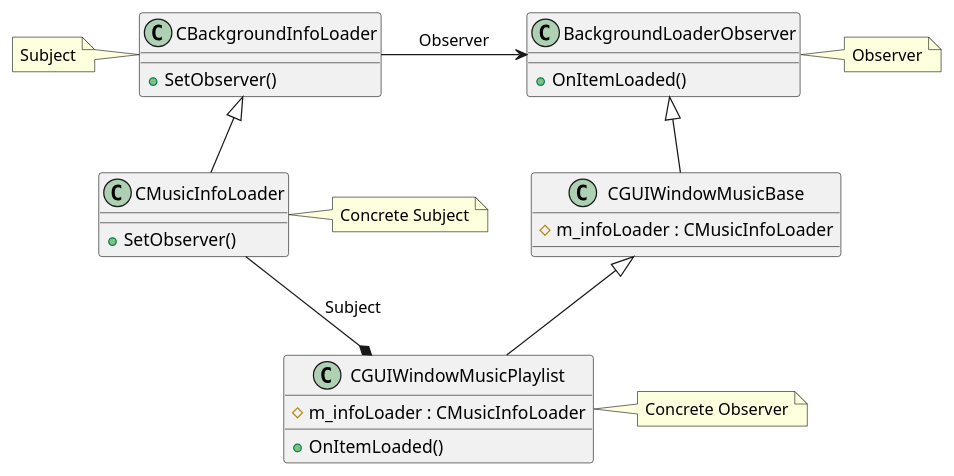
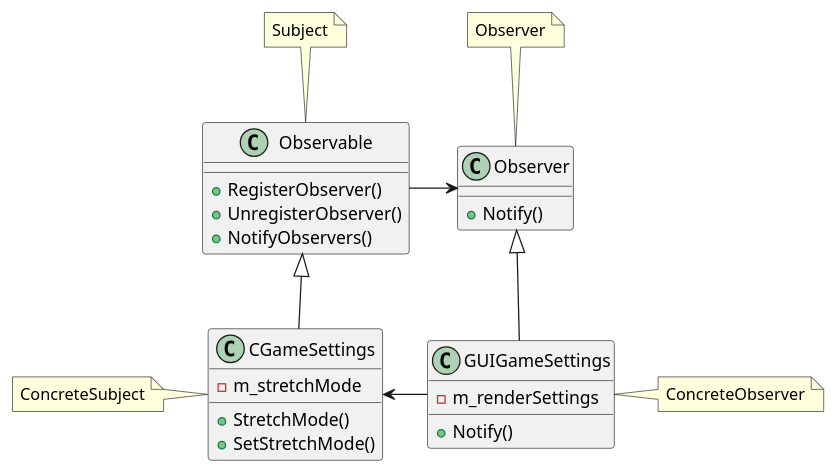
The diagram in uml/xbmc_observer.puml (AdamBaumgartner42/patterns_605_707), drawn with PlantUML before and after one commit. The commit also changed 7 other files, not shown here.

```diff
--- a/uml/xbmc_observer.puml
+++ b/uml/xbmc_observer.puml
@@ -1,45 +1,43 @@
 @startuml
 
-class CBackgroundInfoLoader {
-    + SetObserver()
+
+
+class Observable{
+    +RegisterObserver()
+    +UnregisterObserver()
+    +NotifyObservers()
 }
 
-class CMusicInfoLoader {
-    + SetObserver()
+note top of Observable : Subject
+
+
+
+class CGameSettings {
+    -m_stretchMode
+    +StretchMode()
+    +SetStretchMode()
 }
 
-class BackgroundLoaderObserver {
-    + OnItemLoaded()
+note left of CGameSettings : ConcreteSubject
+
+class Observer {
+    +Notify()
 }
 
-class CGUIWindowMusicBase {
-    # m_infoLoader : CMusicInfoLoader
+note top of Observer : Observer
 
+class GUIGameSettings {
+    -m_renderSettings
+    +Notify()
 }
 
-class CGUIWindowMusicPlaylist {
-    # m_infoLoader : CMusicInfoLoader
-    + OnItemLoaded()
-
-}
+note right of GUIGameSettings : ConcreteObserver
 
 
-CBackgroundInfoLoader -> BackgroundLoaderObserver : Observer
 
-CBackgroundInfoLoader <|-- CMusicInfoLoader
-
-BackgroundLoaderObserver <|-- CGUIWindowMusicBase
-
-CGUIWindowMusicBase <|-- CGUIWindowMusicPlaylist
-
-CMusicInfoLoader --* CGUIWindowMusicPlaylist : Subject
-
-note left of CBackgroundInfoLoader : Subject
-
-note left of CMusicInfoLoader : Concrete Subject
-
-note right of BackgroundLoaderObserver : Observer
-
-note right of CGUIWindowMusicPlaylist : Concrete Observer
+Observable <|-- CGameSettings
+Observable -> Observer
+Observer <|-- GUIGameSettings
+CGameSettings <- GUIGameSettings
 
 @enduml
```
